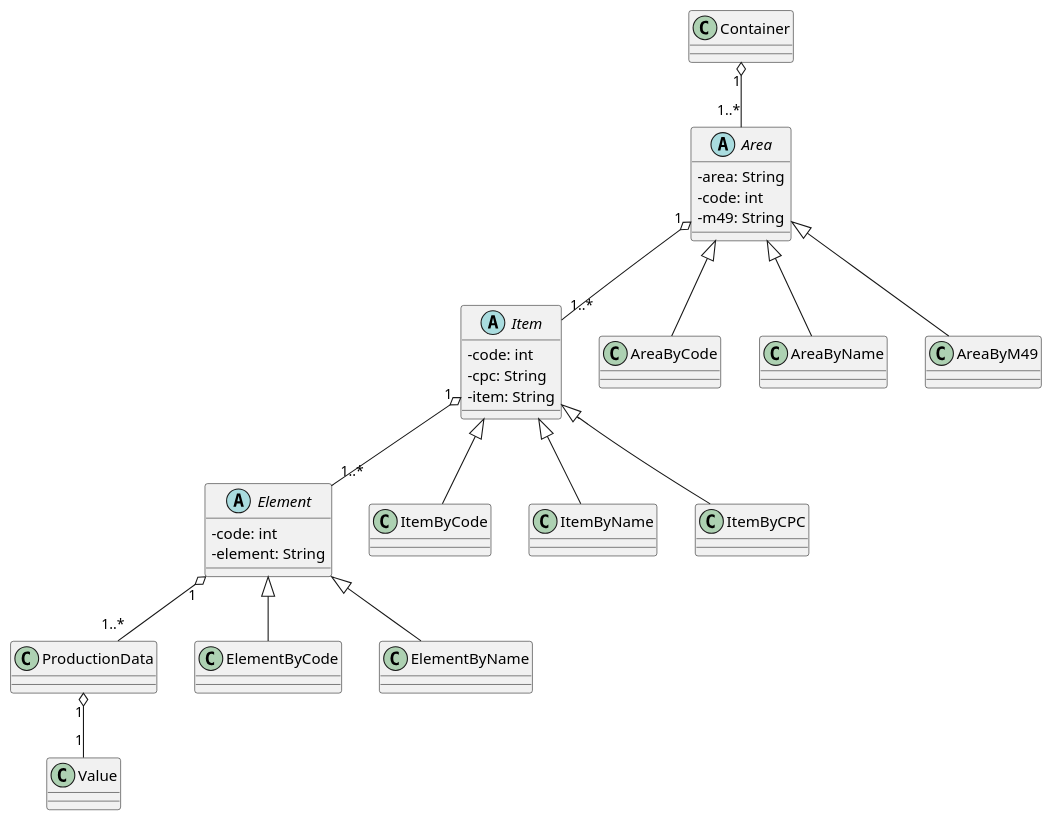
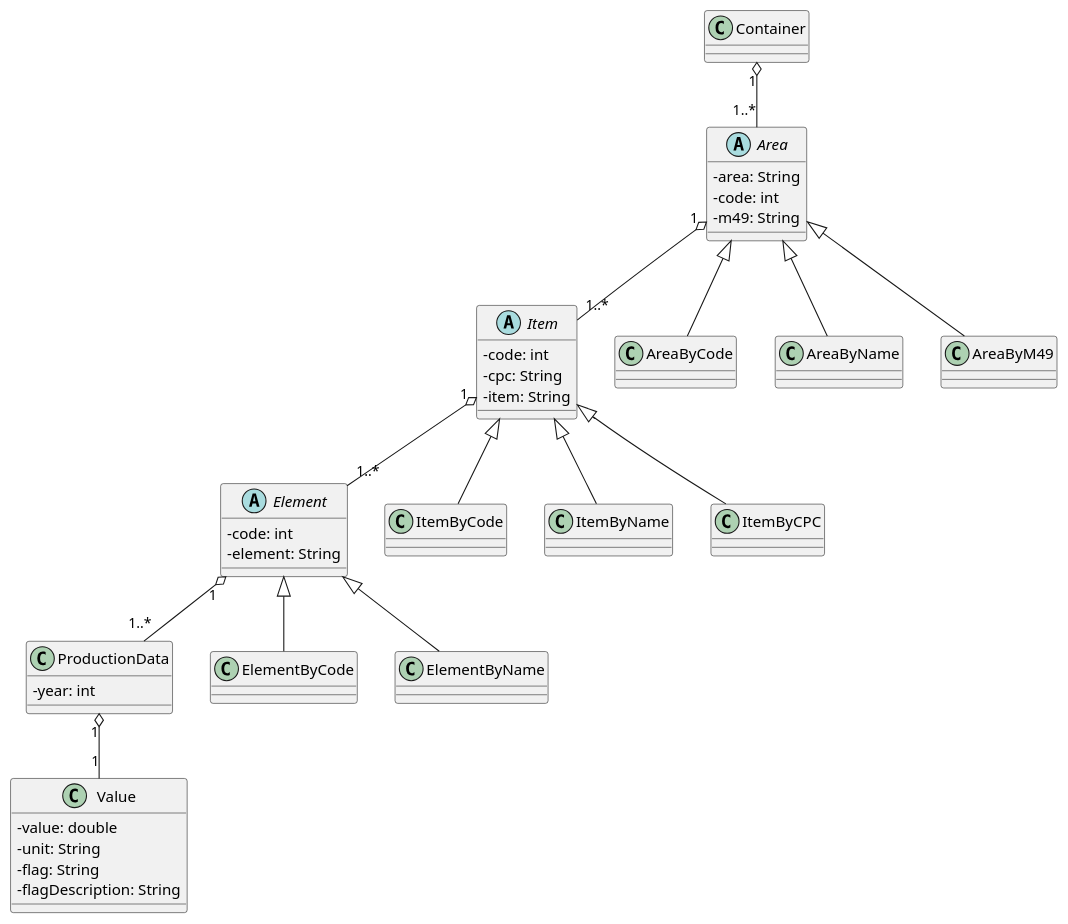
The diagram in data/CD.puml (ricardo177m/esinf-trab02), drawn with PlantUML before and after one commit. The commit also changed 1 other file, not shown here.

```diff
--- a/data/CD.puml
+++ b/data/CD.puml
@@ -1,61 +1,65 @@
-@startuml
+@startuml CD
 skinparam classAttributeIconSize 0
 
 abstract Area {
   - area: String
   - code: int
   - m49: String
 }
 
 abstract Item {
   - code: int
   - cpc: String
   - item: String
 }
 
 abstract Element {
   - code: int
   - element: String
 }
 
 class ProductionData {
-
+  - year: int
 }
 
 class Value {
+  - value: double
+  - unit: String
+  - flag: String
+  - flagDescription: String
 
 }
 
 class Container {
 
 }
 
 Container "1" o-- "1..*" Area
 Area "1" o-- "1..*" Item
 Item "1" o-- "1..*" Element
 Element "1" o-- "1..*" ProductionData
 ProductionData "1" o-- "1" Value
 
 class AreaByCode {}
 class AreaByName {}
 class AreaByM49 {}
 
 class ItemByCode {}
 class ItemByName {}
 class ItemByCPC {}
 
 class ElementByCode {}
 class ElementByName {}
 
 Area <|-- AreaByCode
 Area <|-- AreaByName
 Area <|-- AreaByM49
 
 Item <|-- ItemByCode
 Item <|-- ItemByName
 Item <|-- ItemByCPC
 
 Element <|-- ElementByCode
 Element <|-- ElementByName
 
 @enduml
```
